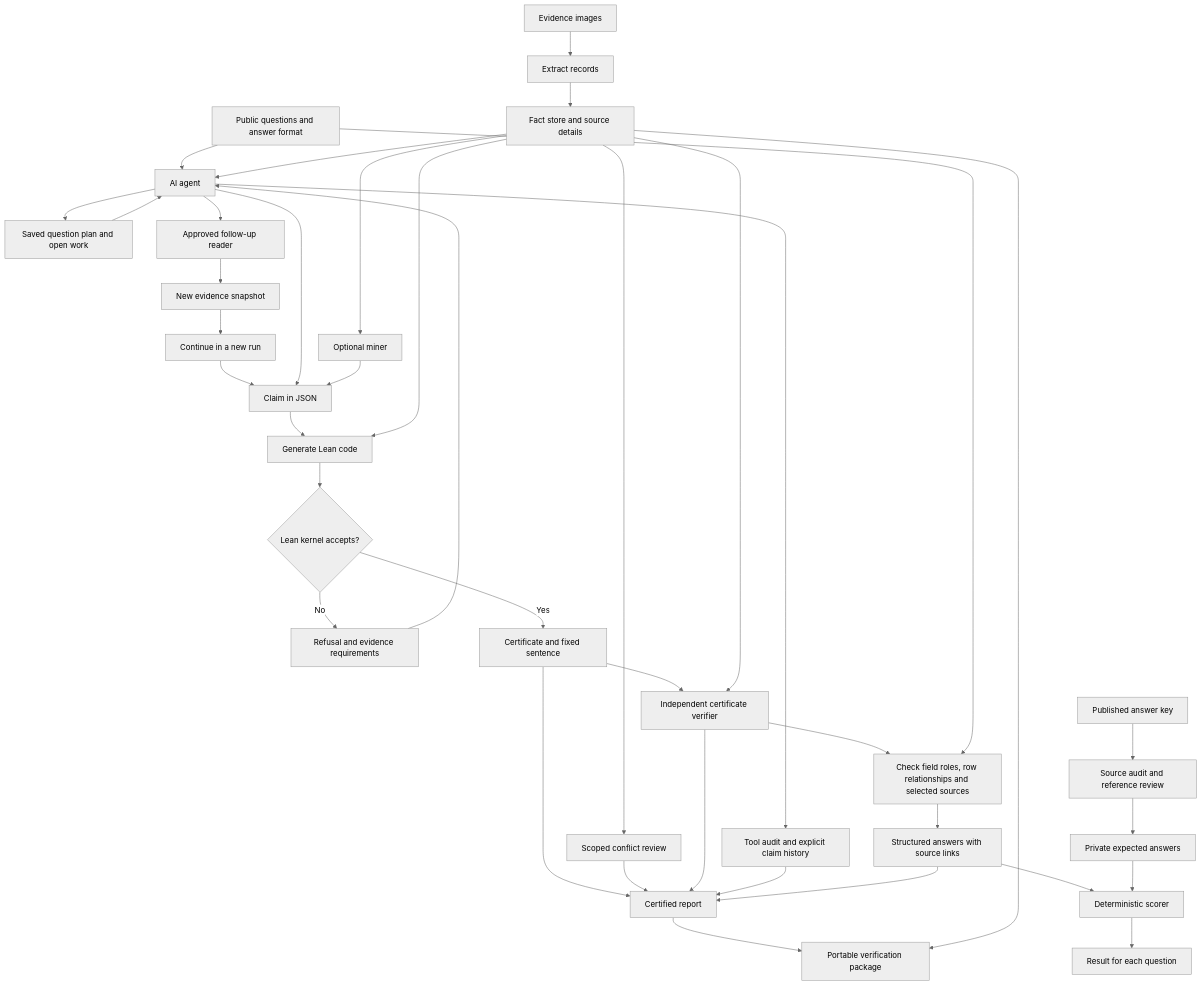
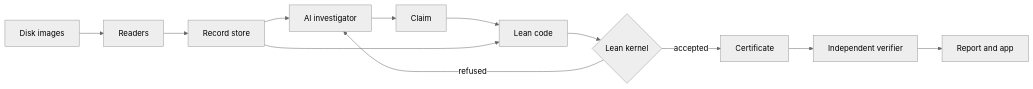
The diagram in README.md (pauljiang03/chain-of-proof), drawn with Mermaid (neutral theme) before and after one commit. The commit also changed other lines of this file and 83 other files, not shown here.

````diff
--- a/README.md
+++ b/README.md
@@ -172,41 +48,8 @@
 ```mermaid
-flowchart TD
-    I[Evidence images] --> E[Extract records]
-    E --> F[Fact store and source details]
-    Q[Public questions and answer format] --> S[AI agent]
-    S --> W[Saved question plan and open work]
-    W --> S
-    S --> N[Approved follow-up reader]
-    N --> F2[New evidence snapshot]
-    F2 --> S2[Continue in a new run]
-    S2 --> C
-    F --> S
-    F --> M[Optional miner]
-    S --> C[Claim in JSON]
-    M --> C
-    C --> G[Generate Lean code]
+flowchart LR
+    I[Disk images] --> E[Readers] --> F[Record store] --> S[AI investigator]
+    S --> C[Claim] --> G[Lean code] --> K{Lean kernel}
     F --> G
-    G --> K{Lean kernel accepts?}
-    K -->|No| X[Refusal and evidence requirements]
-    X --> S
-    K -->|Yes| B[Certificate and fixed sentence]
-    B --> R
-    F --> CR[Scoped conflict review]
-    CR --> R
-    B --> V[Independent certificate verifier]
-    F --> V
-    V --> R[Certified report]
-    S --> L[Tool audit and explicit claim history]
-    L --> R
-    R --> Z[Portable verification package]
-    F --> Z
-    V --> A[Check field roles, row relationships and selected sources]
-    Q --> A
-    A --> J[Structured answers with source links]
-    J --> R
-    J --> T[Deterministic scorer]
-    P[Published answer key] --> U[Source audit and reference review]
-    U --> H[Private expected answers]
-    H --> T
-    T --> O[Result for each question]
+    K -->|refused| S
+    K -->|accepted| B[Certificate] --> V[Independent verifier] --> R[Report and app]
 ```
````
